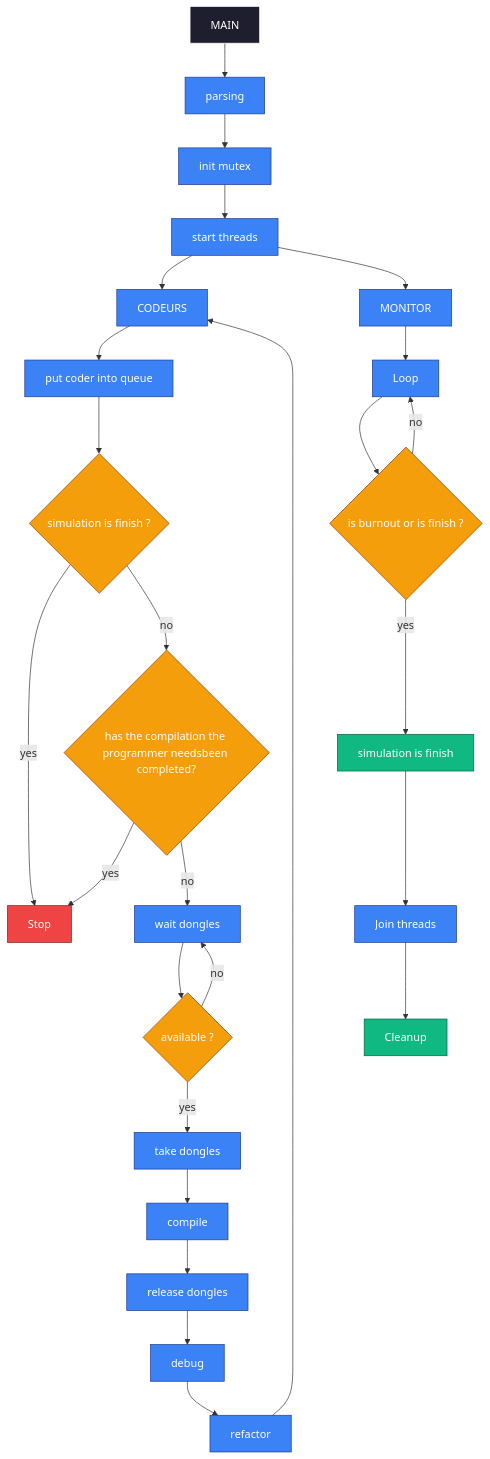
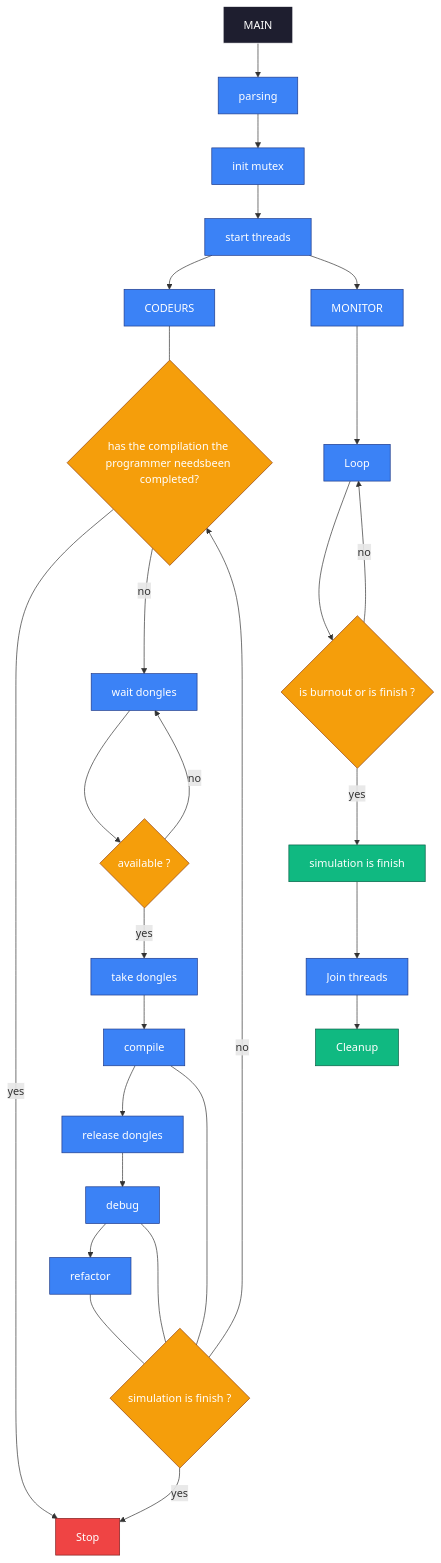
Before and after one commit to MinePopTheReal/Codexion: the diagram in README.md, drawn with Mermaid.

````diff
--- a/README.md
+++ b/README.md
@@ -54,52 +54,62 @@
 ```mermaid
 flowchart TD
 A[MAIN] --> B[parsing]
 B --> C[init mutex]
 C --> D[start threads]
 
 D --> E[CODEURS]
 D --> F[MONITOR]
 
-%% CODEUR
-E --> G[put coder into queue]
-G --> H{simulation is finish ?}
+%% CODE
+
+	H{simulation is finish ?}
 
 H -->|yes| Z[Stop] 
 H -->|no| I{has the compilation the programmer needsbeen completed?}
 
 I -->|yes| Z 
 I -->|no| J[wait dongles] 
 
 J --> K{available ?} 
 K -->|no| J 
 K -->|yes| L[take dongles] 
 
 L --> M[compile] 
 M --> N[release dongles] 
 N --> O[debug] 
 O --> P[refactor]
 
-P --> E
+P
+E
 
 %% MONITOR
 F --> Q[Loop]
 Q --> R{is burnout or is finish ?}
 R -->|yes| S[simulation is finish]
 R -->|no| Q
 
 %% FIN
 S --> T[Join threads]
 T --> U[Cleanup]
 
 %% STYLES
 classDef main fill:#1e1e2f,color:#fff,stroke:#ffffff
 classDef process fill:#3b82f6,color:#fff,stroke:#1e3a8a
 classDef decision fill:#f59e0b,color:#fff,stroke:#92400e
 classDef end_node fill:#10b981,color:#fff,stroke:#065f46
 classDef alert fill:#ef4444,color:#fff,stroke:#7f1d1d
 class A main
 class B,C,D,E,F,G,J,L,M,N,O,P,Q,T process
 class H,I,K,R decision
 class S,U end_node
 class Z alert
+	P
+	P
+	P
+	J
+	H
+	M --- H
+	O --- H
+	P --- H
+	E --- I
 ```
````
